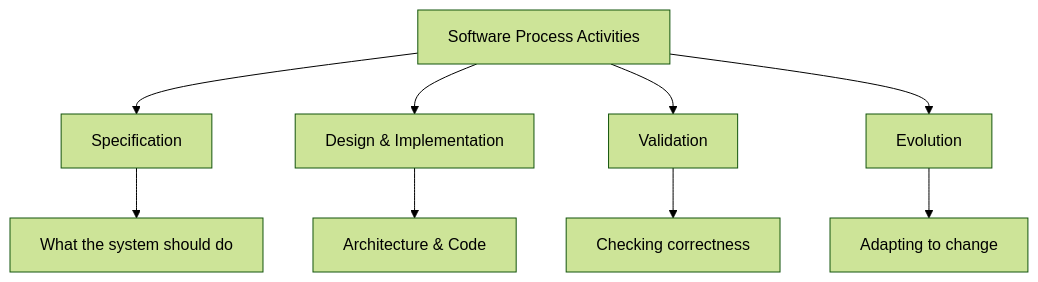
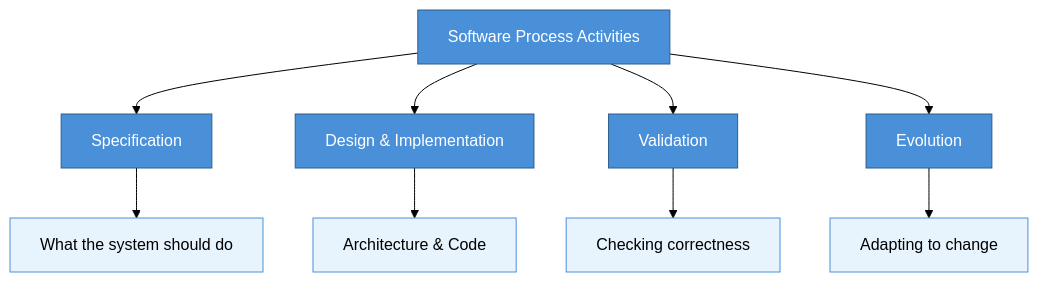
The first of 8 diagrams in docs/courses/software-engineering/01-process-models.md (Raushan666java/ai-engineering-journey), drawn with Mermaid (forest theme) before and after one commit. The commit also changed other lines of this file and 15 other files, not shown here.

Commit message:
deploy: software-engineering overhaul - 16 chapters expanded to avg 1284L (+7649L), richer Mermaid, more TS, deeper content

````diff
--- a/docs/courses/software-engineering/01-process-models.md
+++ b/docs/courses/software-engineering/01-process-models.md
@@ -32,11 +35,16 @@
 ```mermaid
 graph TD
     A[Software Process Activities] --> B[Specification]
     A --> C[Design & Implementation]
     A --> D[Validation]
     A --> E[Evolution]
     B --> F[What the system should do]
     C --> G[Architecture & Code]
     D --> H[Checking correctness]
     E --> I[Adapting to change]
+
+    classDef act fill:#4a90d9,stroke:#2c5f8a,color:#fff
+    classDef desc fill:#e8f4fd,stroke:#4a90d9
+    class A,B,C,D,E act
+    class F,G,H,I desc
 ```
````
